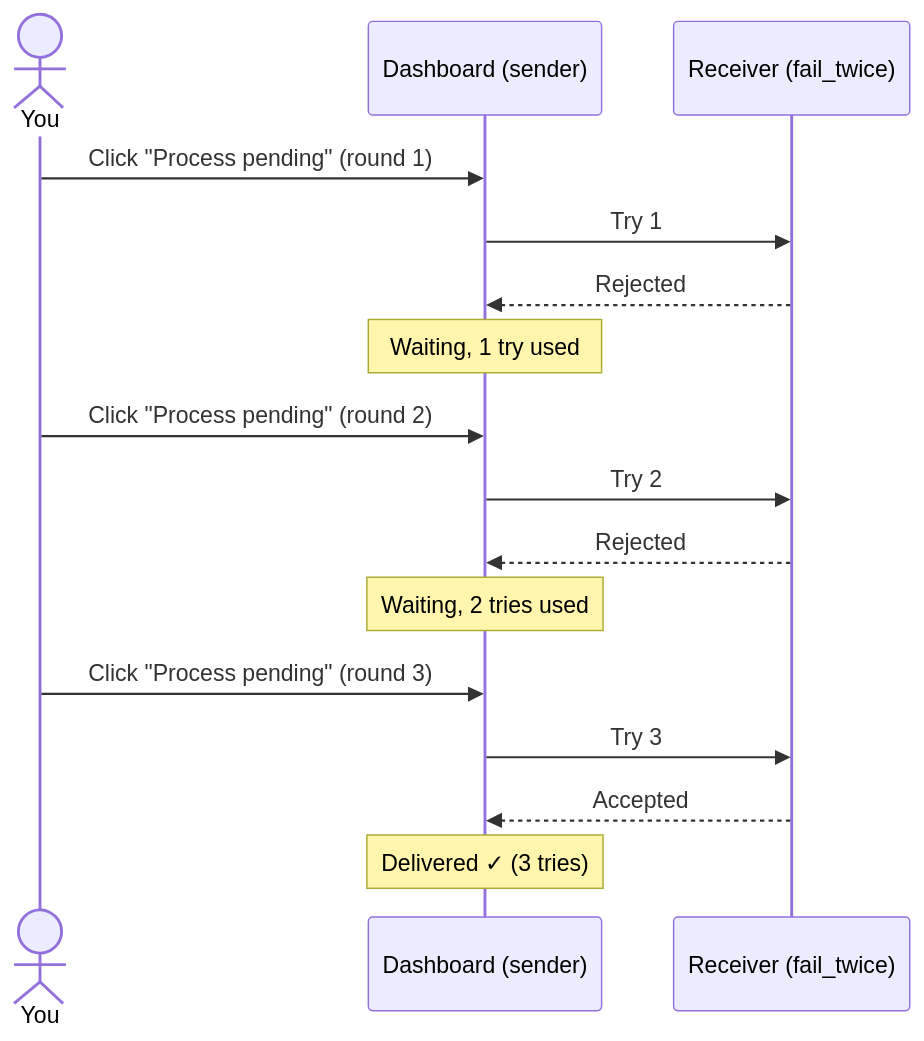
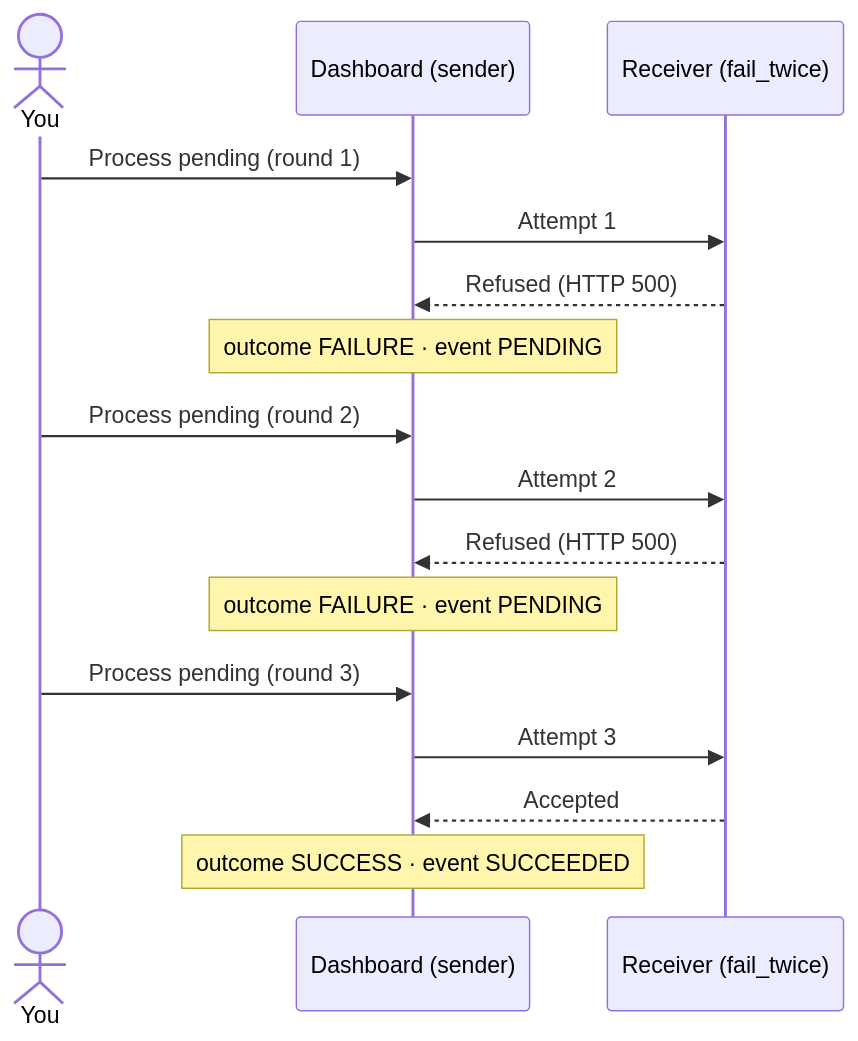
One commit to vm1991/webhook-dashboard changed the second of 3 diagrams in README.md. Above: the diagram before and after it, drawn with Mermaid. The commit also changed other lines of this file and 1 other file, not shown here.

````diff
--- a/README.md
+++ b/README.md
@@ -90,18 +93,18 @@
 ```mermaid
 sequenceDiagram
     actor You
     participant D as Dashboard (sender)
     participant R as Receiver (fail_twice)
-    You->>D: Click "Process pending" (round 1)
-    D->>R: Try 1
-    R-->>D: Rejected
-    Note over D: Waiting, 1 try used
-    You->>D: Click "Process pending" (round 2)
-    D->>R: Try 2
-    R-->>D: Rejected
-    Note over D: Waiting, 2 tries used
-    You->>D: Click "Process pending" (round 3)
-    D->>R: Try 3
+    You->>D: Process pending (round 1)
+    D->>R: Attempt 1
+    R-->>D: Refused (HTTP 500)
+    Note over D: outcome FAILURE · event PENDING
+    You->>D: Process pending (round 2)
+    D->>R: Attempt 2
+    R-->>D: Refused (HTTP 500)
+    Note over D: outcome FAILURE · event PENDING
+    You->>D: Process pending (round 3)
+    D->>R: Attempt 3
     R-->>D: Accepted
-    Note over D: Delivered ✓ (3 tries)
+    Note over D: outcome SUCCESS · event SUCCEEDED
 ```
````
